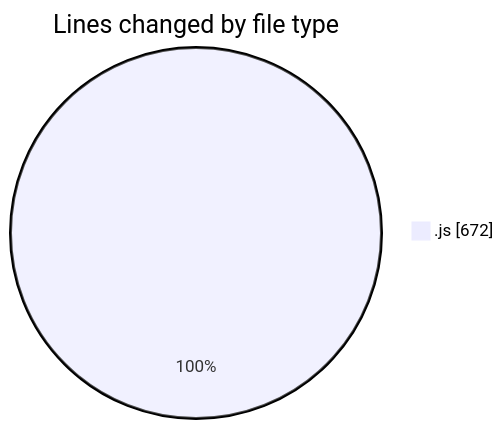
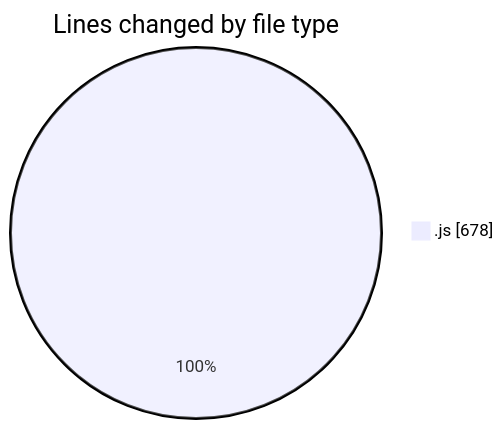
Before and after one commit to momahboobian/code-tracking: the first of 2 diagrams in 2025-02-04/cda/README.md, drawn with Mermaid. The commit also changed other lines of this file and 1 other file, not shown here.

````diff
--- a/2025-02-04/cda/README.md
+++ b/2025-02-04/cda/README.md
@@ -22,5 +22,5 @@
 ```mermaid
 pie showData
 title Lines changed by file type
-".js" : 672
+".js" : 678
 ```
````
